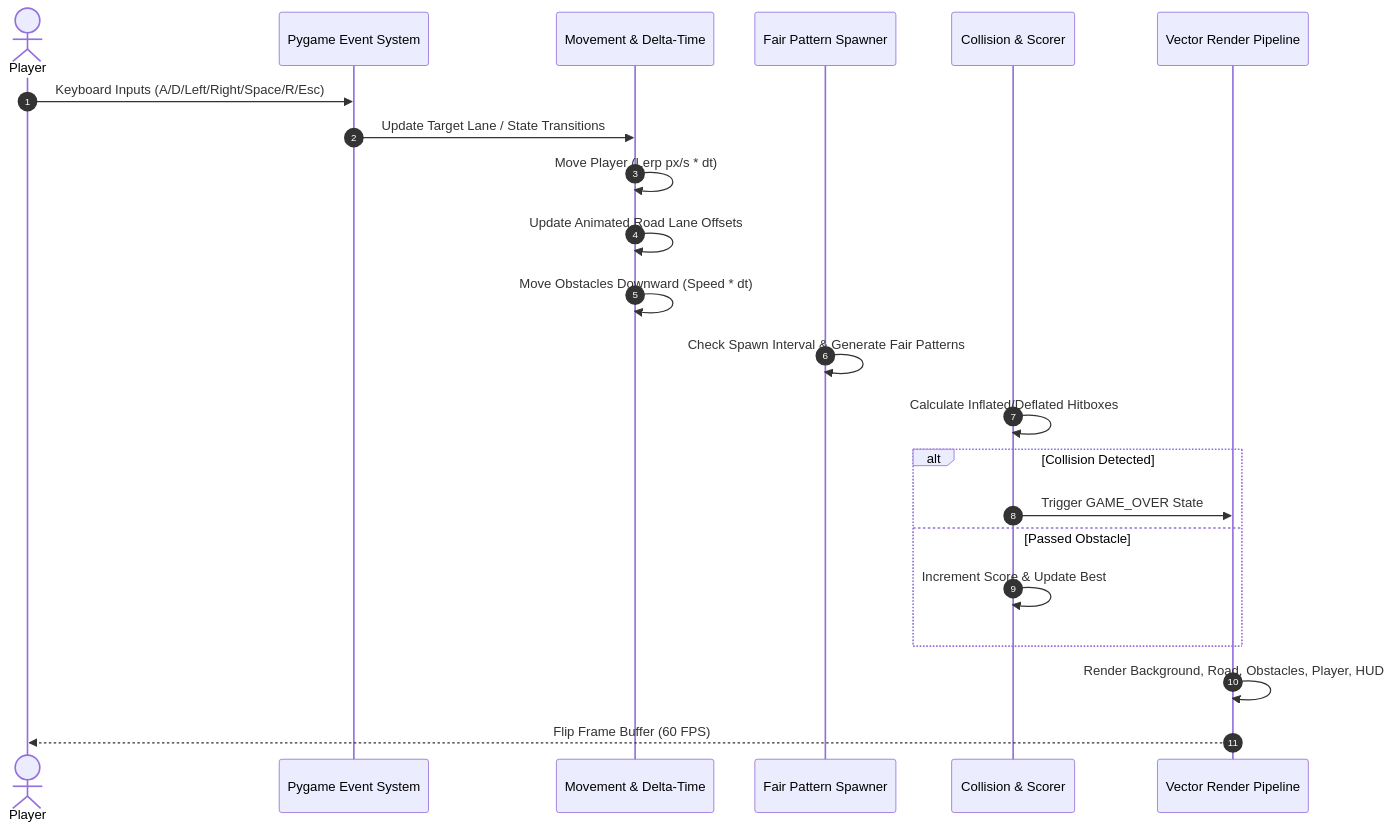
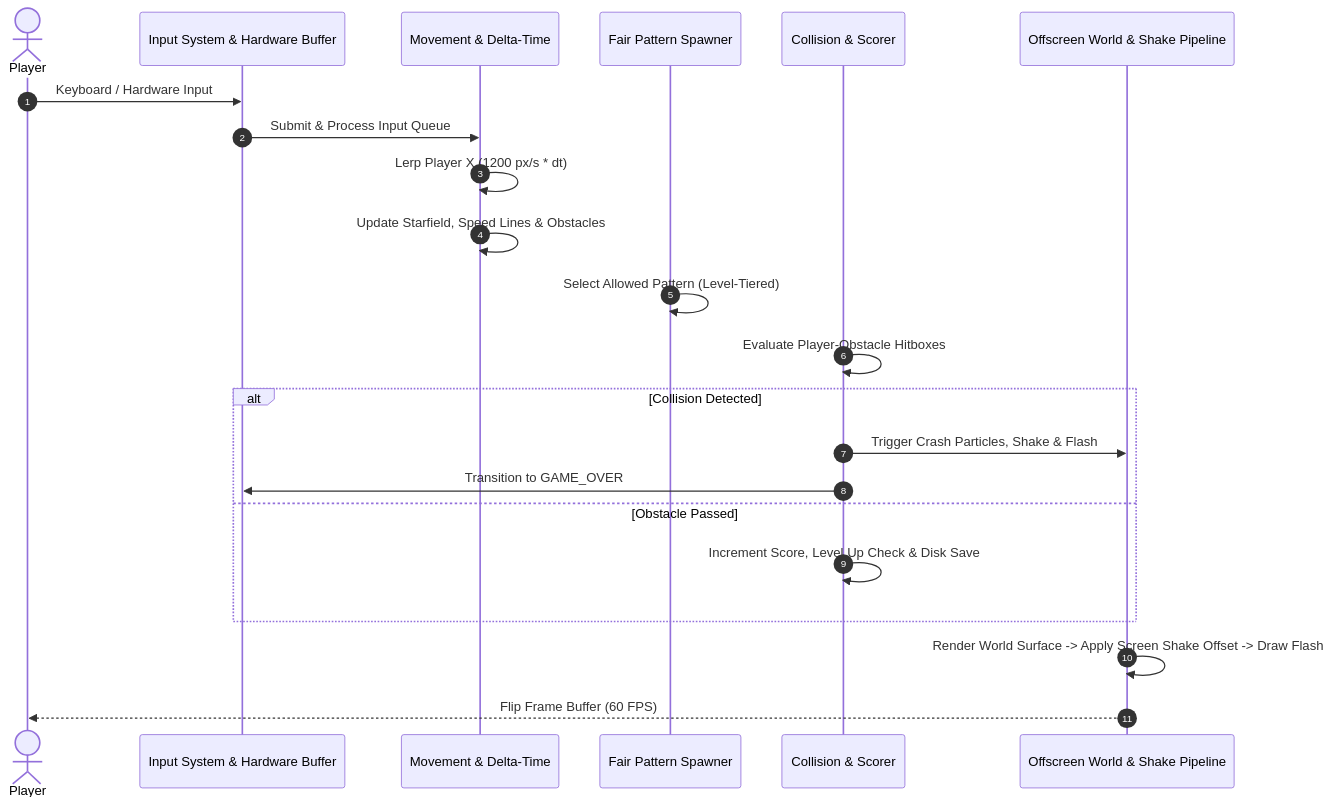
One commit to Snigdha-0210/Shift changed the second of 2 diagrams in README.md. Above: the diagram before and after it, drawn with Mermaid. The commit also changed other lines of this file and 3 other files, not shown here.

````diff
--- a/README.md
+++ b/README.md
@@ -73,25 +79,25 @@
 ```mermaid
 sequenceDiagram
     autonumber
     actor Player
-    participant EventLoop as Pygame Event System
+    participant EventLoop as Input System & Hardware Buffer
     participant PhysicsEngine as Movement & Delta-Time
     participant Spawner as Fair Pattern Spawner
     participant CollisionSystem as Collision & Scorer
-    participant Renderer as Vector Render Pipeline
+    participant Renderer as Offscreen World & Shake Pipeline
 
-    Player->>EventLoop: Keyboard Inputs (A/D/Left/Right/Space/R/Esc)
-    EventLoop->>PhysicsEngine: Update Target Lane / State Transitions
-    PhysicsEngine->>PhysicsEngine: Move Player (Lerp px/s * dt)
-    PhysicsEngine->>PhysicsEngine: Update Animated Road Lane Offsets
-    PhysicsEngine->>PhysicsEngine: Move Obstacles Downward (Speed * dt)
-    Spawner->>Spawner: Check Spawn Interval & Generate Fair Patterns
-    CollisionSystem->>CollisionSystem: Calculate Inflated/Deflated Hitboxes
+    Player->>EventLoop: Keyboard / Hardware Input
+    EventLoop->>PhysicsEngine: Submit & Process Input Queue
+    PhysicsEngine->>PhysicsEngine: Lerp Player X (1200 px/s * dt)
+    PhysicsEngine->>PhysicsEngine: Update Starfield, Speed Lines & Obstacles
+    Spawner->>Spawner: Select Allowed Pattern (Level-Tiered)
+    CollisionSystem->>CollisionSystem: Evaluate Player-Obstacle Hitboxes
     alt Collision Detected
-        CollisionSystem->>Renderer: Trigger GAME_OVER State
-    else Passed Obstacle
-        CollisionSystem->>CollisionSystem: Increment Score & Update Best
+        CollisionSystem->>Renderer: Trigger Crash Particles, Shake & Flash
+        CollisionSystem->>EventLoop: Transition to GAME_OVER
+    else Obstacle Passed
+        CollisionSystem->>CollisionSystem: Increment Score, Level Up Check & Disk Save
     end
-    Renderer->>Renderer: Render Background, Road, Obstacles, Player, HUD
+    Renderer->>Renderer: Render World Surface -> Apply Screen Shake Offset -> Draw Flash
     Renderer-->>Player: Flip Frame Buffer (60 FPS)
 ```
````
